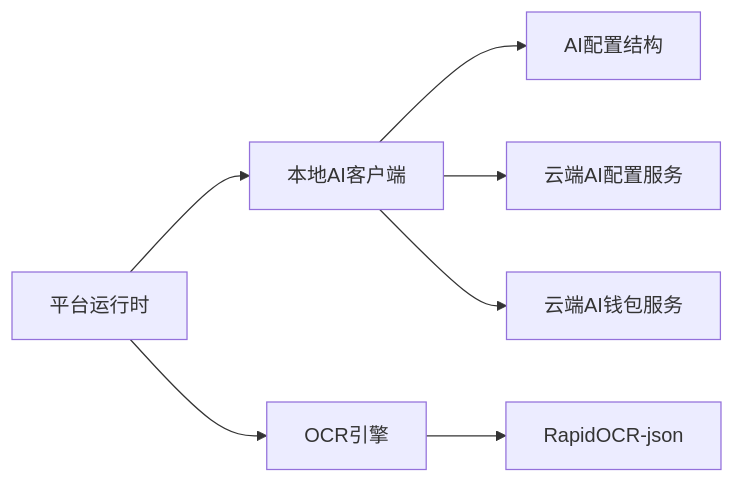
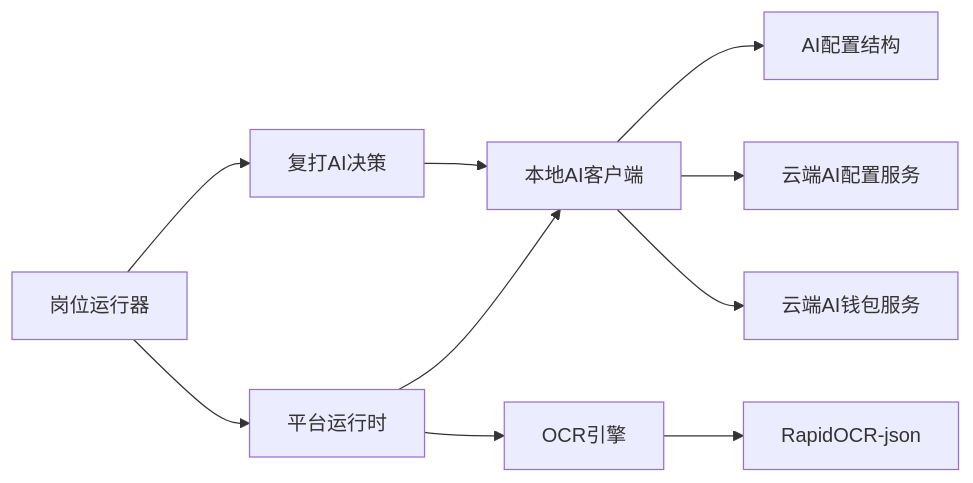
The eighth of 8 diagrams in .qoder/repowiki/zh/content/本地执行器/AI集成/AI集成.md (alvinwangzi/goodhr), drawn with Mermaid before and after one commit. The commit also changed other lines of this file and 91 other files, not shown here.

````diff
--- a/.qoder/repowiki/zh/content/本地执行器/AI集成/AI集成.md
+++ b/.qoder/repowiki/zh/content/本地执行器/AI集成/AI集成.md
@@ -316,9 +386,12 @@
 ```mermaid
 graph LR
 LAC["本地AI客户端"] --> LDB["AI配置结构"]
+RAG["复打AI决策"] --> LAC
 OCR["OCR引擎"] --> EXE["RapidOCR-json"]
 LAC --> CAC["云端AI配置服务"]
 LAC --> CAW["云端AI钱包服务"]
 PR["平台运行时"] --> LAC
 PR --> OCR
+RGR["岗位运行器"] --> RAG
+RGR --> PR
 ```
````
